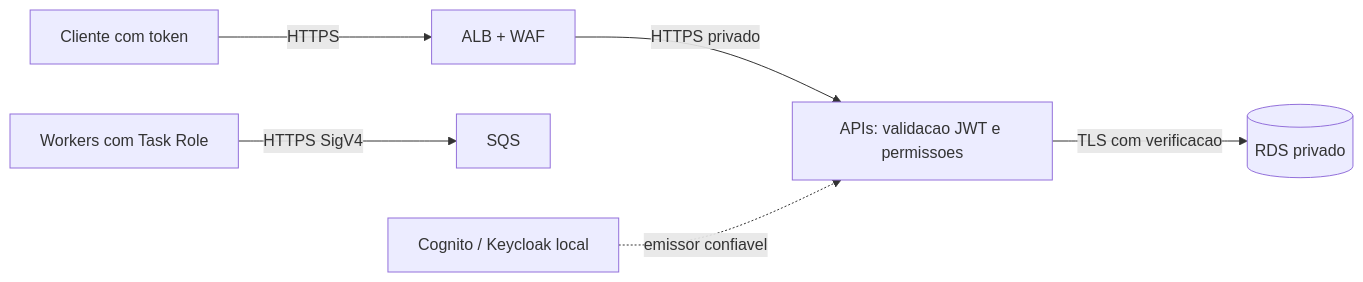
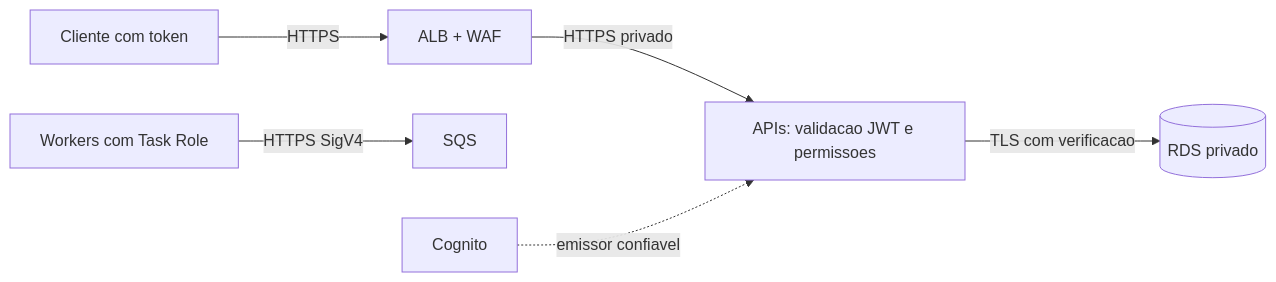
One commit to ThiagoFerraciolli/cash-flow-architecture changed the diagram in docs/04-visoes/seguranca-resiliencia-observabilidade.md. Above: the diagram before and after it, drawn with Mermaid. The commit also changed other lines of this file, not shown here.

Commit message:
docs: separate local controls from AWS target protections

````diff
--- a/docs/04-visoes/seguranca-resiliencia-observabilidade.md
+++ b/docs/04-visoes/seguranca-resiliencia-observabilidade.md
@@ -11,8 +13,8 @@
 ```mermaid
 flowchart LR
     C[Cliente com token] -->|HTTPS| A[ALB + WAF]
     A -->|HTTPS privado| API[APIs: validacao JWT e permissoes]
     API -->|TLS com verificacao| DB[(RDS privado)]
     W[Workers com Task Role] -->|HTTPS SigV4| Q[SQS]
-    I[Cognito / Keycloak local] -. emissor confiavel .-> API
+    I[Cognito] -. emissor confiavel .-> API
 ```
````
